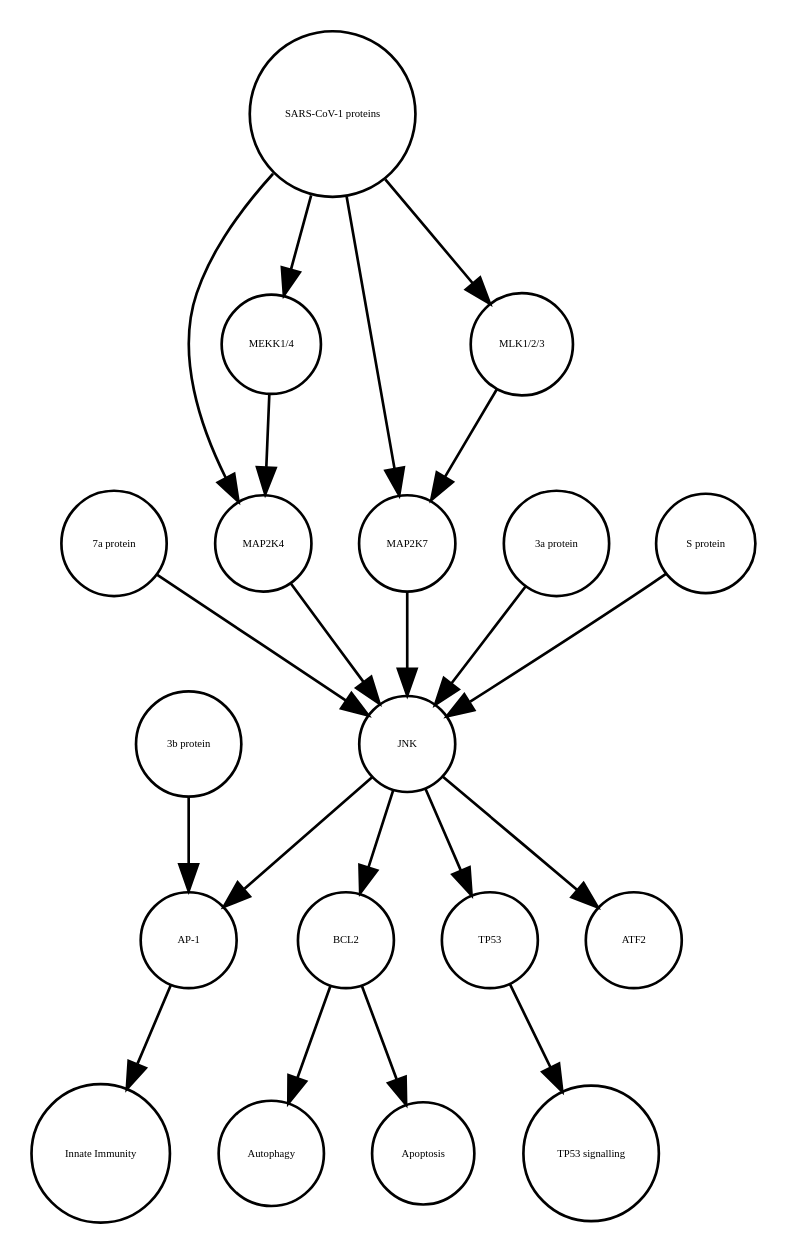
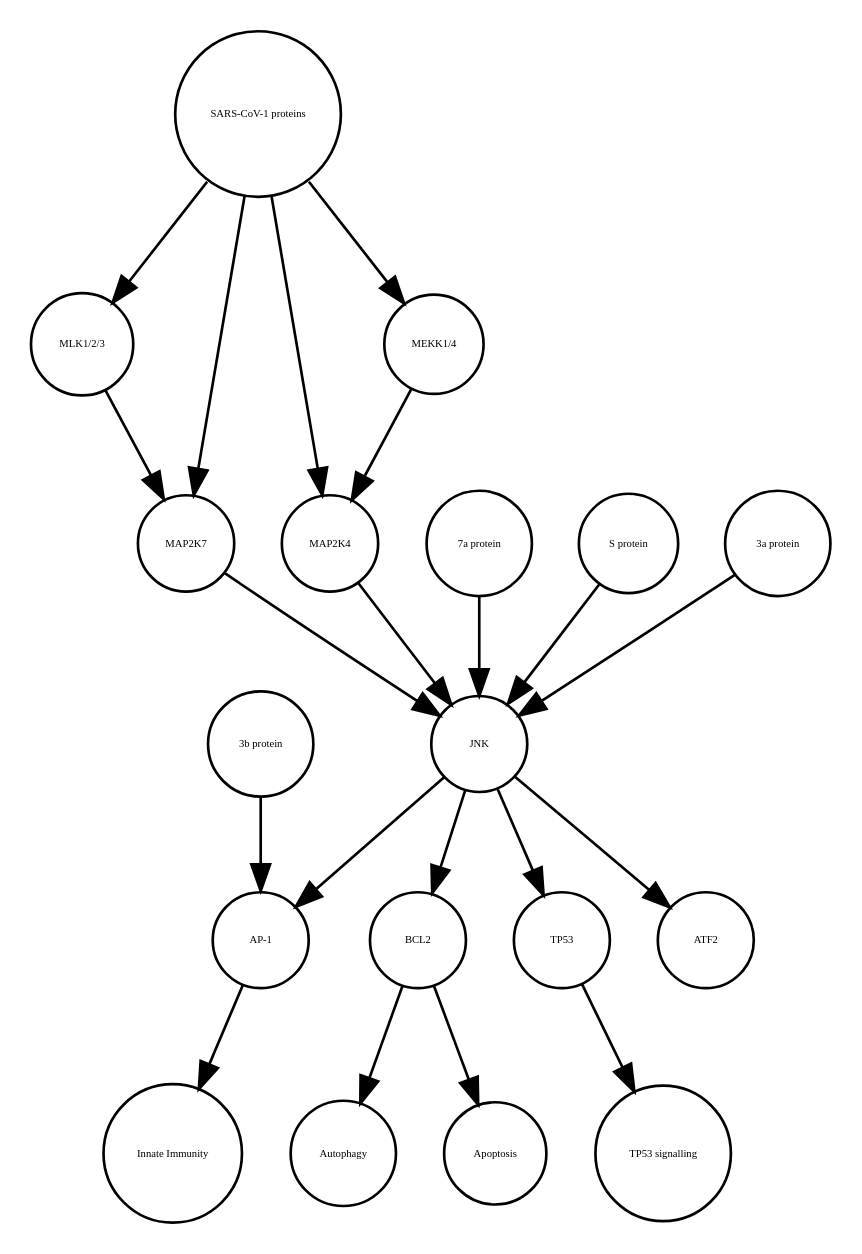
Before and after one commit to cannin/covid19-sbgn: the diagram in JNK_pathway_v2.1.xml_projected.dot, drawn with Graphviz. The commit also changed other lines of this file and 626 other files, not shown here.

```diff
--- a/JNK_pathway_v2.1.xml_projected.dot
+++ b/JNK_pathway_v2.1.xml_projected.dot
@@ -1,40 +1,40 @@
 strict digraph  {
 BCL2 [annotation=urn_miriam_uniprot_P10415, bipartite=0, cls=macromolecule, fontsize=4, label=BCL2, shape=circle];
 Autophagy [annotation="", bipartite=0, cls=phenotype, fontsize=4, label=Autophagy, shape=circle];
 "AP-1" [annotation="", bipartite=0, cls=complex, fontsize=4, label="AP-1", shape=circle];
 "Innate Immunity" [annotation="", bipartite=0, cls=phenotype, fontsize=4, label="Innate Immunity", shape=circle];
 TP53 [annotation=urn_miriam_uniprot_P04637, bipartite=0, cls=macromolecule, fontsize=4, label=TP53, shape=circle];
 "TP53 signalling" [annotation="", bipartite=0, cls=phenotype, fontsize=4, label="TP53 signalling", shape=circle];
 Apoptosis [annotation="", bipartite=0, cls=phenotype, fontsize=4, label=Apoptosis, shape=circle];
+"MLK1/2/3" [annotation="", bipartite=0, cls=complex, fontsize=4, label="MLK1/2/3", shape=circle];
+MAP2K4 [annotation=urn_miriam_uniprot_P45985, bipartite=0, cls=macromolecule, fontsize=4, label=MAP2K4, shape=circle];
 "7a protein" [annotation="", bipartite=0, cls=macromolecule, fontsize=4, label="7a protein", shape=circle];
+MAP2K7 [annotation=urn_miriam_uniprot_O14733, bipartite=0, cls=macromolecule, fontsize=4, label=MAP2K7, shape=circle];
+ATF2 [annotation=urn_miriam_uniprot_P15336, bipartite=0, cls=macromolecule, fontsize=4, label=ATF2, shape=circle];
+"3b protein" [annotation="", bipartite=0, cls=macromolecule, fontsize=4, label="3b protein", shape=circle];
+"SARS-CoV-1 proteins" [annotation="", bipartite=0, cls=complex, fontsize=4, label="SARS-CoV-1 proteins", shape=circle];
+"S protein" [annotation="", bipartite=0, cls=macromolecule, fontsize=4, label="S protein", shape=circle];
+"MEKK1/4" [annotation="", bipartite=0, cls=complex, fontsize=4, label="MEKK1/4", shape=circle];
+"3a protein" [annotation="", bipartite=0, cls=macromolecule, fontsize=4, label="3a protein", shape=circle];
 JNK [annotation="", bipartite=0, cls=complex, fontsize=4, label=JNK, shape=circle];
-ATF2 [annotation=urn_miriam_uniprot_P15336, bipartite=0, cls=macromolecule, fontsize=4, label=ATF2, shape=circle];
-MAP2K4 [annotation=urn_miriam_uniprot_P45985, bipartite=0, cls=macromolecule, fontsize=4, label=MAP2K4, shape=circle];
-"SARS-CoV-1 proteins" [annotation="", bipartite=0, cls=complex, fontsize=4, label="SARS-CoV-1 proteins", shape=circle];
-"3a protein" [annotation="", bipartite=0, cls=macromolecule, fontsize=4, label="3a protein", shape=circle];
-MAP2K7 [annotation=urn_miriam_uniprot_O14733, bipartite=0, cls=macromolecule, fontsize=4, label=MAP2K7, shape=circle];
-"MEKK1/4" [annotation="", bipartite=0, cls=complex, fontsize=4, label="MEKK1/4", shape=circle];
-"3b protein" [annotation="", bipartite=0, cls=macromolecule, fontsize=4, label="3b protein", shape=circle];
-"MLK1/2/3" [annotation="", bipartite=0, cls=complex, fontsize=4, label="MLK1/2/3", shape=circle];
-"S protein" [annotation="", bipartite=0, cls=macromolecule, fontsize=4, label="S protein", shape=circle];
 BCL2 -> Autophagy  [annotation="", interaction_type="necessary stimulation"];
 BCL2 -> Apoptosis  [annotation="", interaction_type=inhibition];
 "AP-1" -> "Innate Immunity"  [annotation="", interaction_type="necessary stimulation"];
 TP53 -> "TP53 signalling"  [annotation="", interaction_type="necessary stimulation"];
+"MLK1/2/3" -> MAP2K7  [annotation="urn_miriam_pubmed_31226023|urn_miriam_taxonomy_694009", interaction_type=stimulation];
+MAP2K4 -> JNK  [annotation=urn_miriam_pubmed_17141229, interaction_type=stimulation];
 "7a protein" -> JNK  [annotation=urn_miriam_pubmed_17141229, interaction_type=stimulation];
+MAP2K7 -> JNK  [annotation=urn_miriam_pubmed_17141229, interaction_type=stimulation];
+"3b protein" -> "AP-1"  [annotation=urn_miriam_pubmed_21561061, interaction_type=stimulation];
+"SARS-CoV-1 proteins" -> MAP2K7  [annotation="urn_miriam_pubmed_31226023|urn_miriam_taxonomy_694009", interaction_type=stimulation];
+"SARS-CoV-1 proteins" -> MAP2K4  [annotation="urn_miriam_pubmed_31226023|urn_miriam_taxonomy_694009", interaction_type=stimulation];
+"SARS-CoV-1 proteins" -> "MLK1/2/3"  [annotation="urn_miriam_taxonomy_694009|urn_miriam_pubmed_31226023", interaction_type=stimulation];
+"SARS-CoV-1 proteins" -> "MEKK1/4"  [annotation="urn_miriam_pubmed_31226023|urn_miriam_taxonomy_694009", interaction_type=stimulation];
+"S protein" -> JNK  [annotation=urn_miriam_pubmed_17267381, interaction_type=stimulation];
+"MEKK1/4" -> MAP2K4  [annotation="urn_miriam_pubmed_31226023|urn_miriam_taxonomy_694009", interaction_type=stimulation];
+"3a protein" -> JNK  [annotation=urn_miriam_pubmed_17141229, interaction_type=stimulation];
+JNK -> BCL2  [annotation=urn_miriam_pubmed_10567572, interaction_type=stimulation];
 JNK -> TP53  [annotation="", interaction_type=stimulation];
-JNK -> BCL2  [annotation=urn_miriam_pubmed_10567572, interaction_type=stimulation];
 JNK -> "AP-1"  [annotation=urn_miriam_pubmed_21561061, interaction_type=stimulation];
 JNK -> ATF2  [annotation="", interaction_type=stimulation];
-MAP2K4 -> JNK  [annotation=urn_miriam_pubmed_17141229, interaction_type=stimulation];
-"SARS-CoV-1 proteins" -> "MEKK1/4"  [annotation="urn_miriam_pubmed_31226023|urn_miriam_taxonomy_694009", interaction_type=stimulation];
-"SARS-CoV-1 proteins" -> MAP2K7  [annotation="urn_miriam_pubmed_31226023|urn_miriam_taxonomy_694009", interaction_type=stimulation];
-"SARS-CoV-1 proteins" -> "MLK1/2/3"  [annotation="urn_miriam_taxonomy_694009|urn_miriam_pubmed_31226023", interaction_type=stimulation];
-"SARS-CoV-1 proteins" -> MAP2K4  [annotation="urn_miriam_pubmed_31226023|urn_miriam_taxonomy_694009", interaction_type=stimulation];
-"3a protein" -> JNK  [annotation=urn_miriam_pubmed_17141229, interaction_type=stimulation];
-MAP2K7 -> JNK  [annotation=urn_miriam_pubmed_17141229, interaction_type=stimulation];
-"MEKK1/4" -> MAP2K4  [annotation="urn_miriam_pubmed_31226023|urn_miriam_taxonomy_694009", interaction_type=stimulation];
-"3b protein" -> "AP-1"  [annotation=urn_miriam_pubmed_21561061, interaction_type=stimulation];
-"MLK1/2/3" -> MAP2K7  [annotation="urn_miriam_pubmed_31226023|urn_miriam_taxonomy_694009", interaction_type=stimulation];
-"S protein" -> JNK  [annotation=urn_miriam_pubmed_17267381, interaction_type=stimulation];
 }
```
